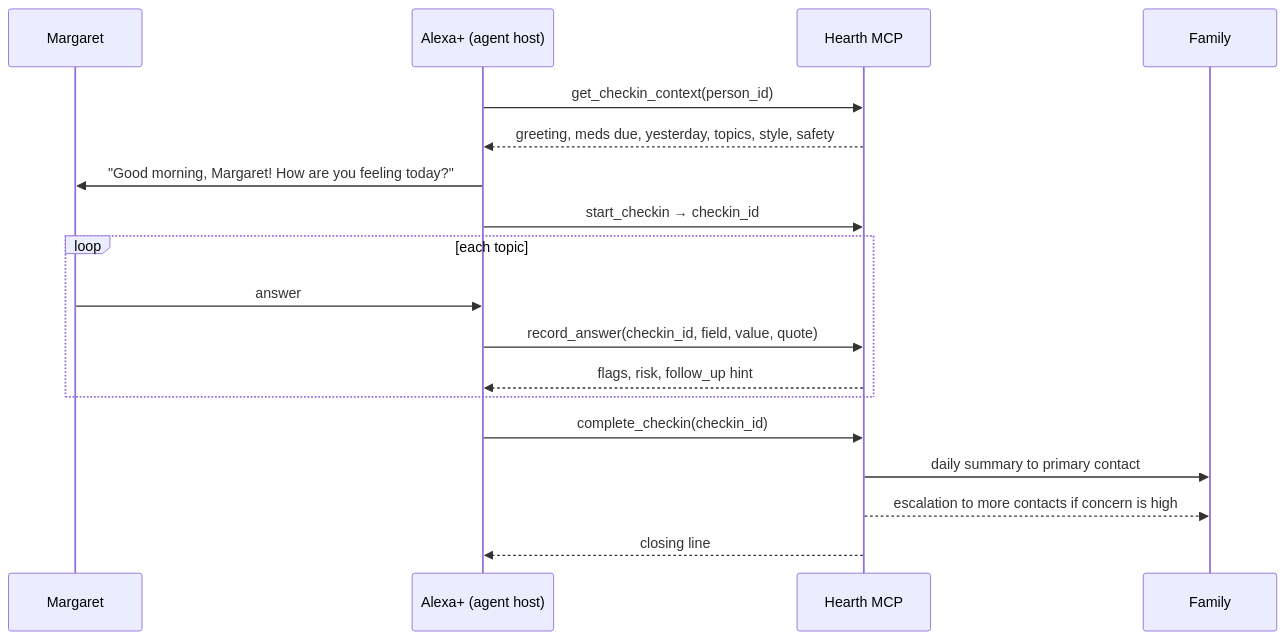
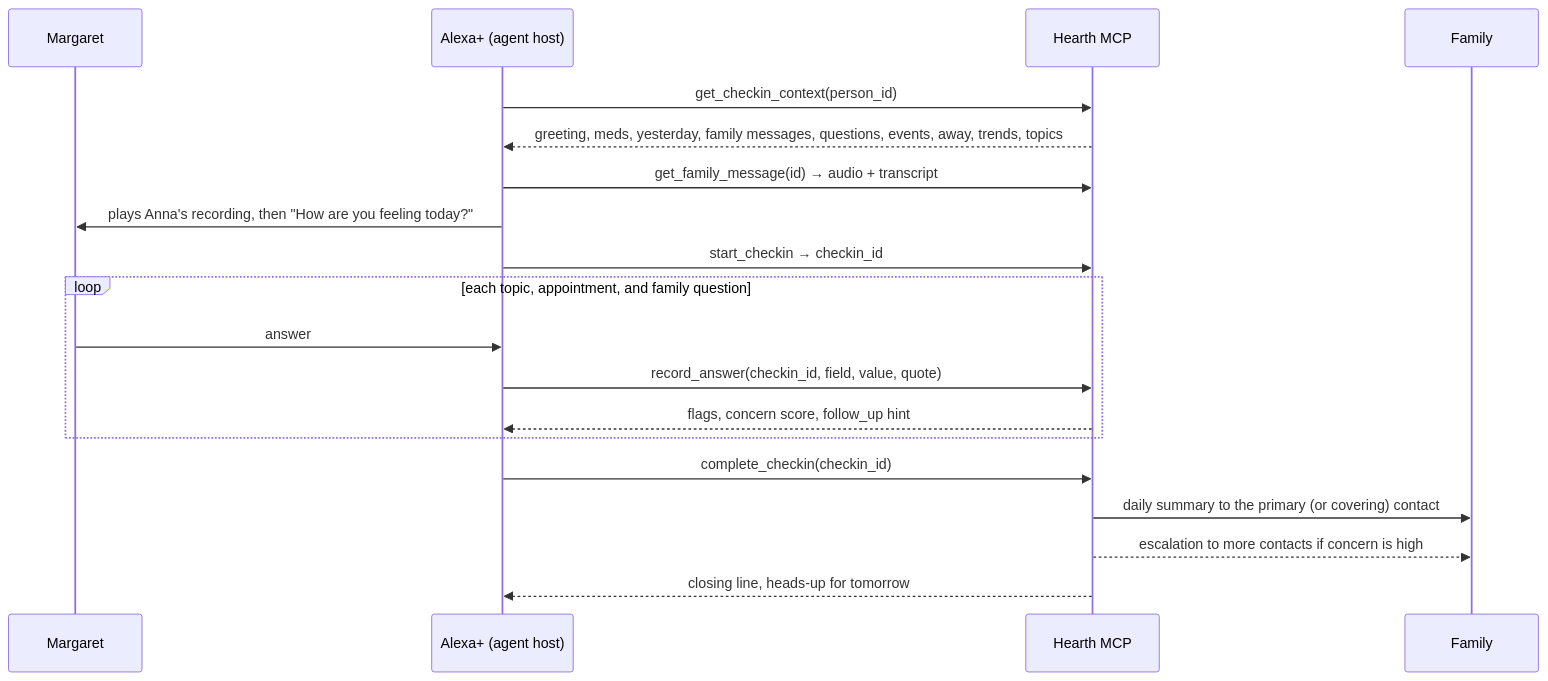
One commit to MccForge/hearth changed the diagram in README.md. Above: the diagram before and after it, drawn with Mermaid. The commit also changed other lines of this file and 10 other files, not shown here.

Commit message:
Family voice messages both ways, appointments and reminders, questions from family, away mode with cover contact, trend insights, fresh-per-day check-ins, sturdier scripted host, 15 tests

````diff
--- a/README.md
+++ b/README.md
@@ -37,20 +50,21 @@
 ```mermaid
 sequenceDiagram
     participant P as Margaret
     participant A as Alexa+ (agent host)
     participant H as Hearth MCP
     participant F as Family
     A->>H: get_checkin_context(person_id)
-    H-->>A: greeting, meds due, yesterday, topics, style, safety
-    A->>P: "Good morning, Margaret! How are you feeling today?"
+    H-->>A: greeting, meds, yesterday, family messages, questions, events, away, trends, topics
+    A->>H: get_family_message(id) → audio + transcript
+    A->>P: plays Anna's recording, then "How are you feeling today?"
     A->>H: start_checkin → checkin_id
-    loop each topic
+    loop each topic, appointment, and family question
         P->>A: answer
         A->>H: record_answer(checkin_id, field, value, quote)
-        H-->>A: flags, risk, follow_up hint
+        H-->>A: flags, concern score, follow_up hint
     end
     A->>H: complete_checkin(checkin_id)
-    H->>F: daily summary to primary contact
+    H->>F: daily summary to the primary (or covering) contact
     H-->>F: escalation to more contacts if concern is high
-    H-->>A: closing line
+    H-->>A: closing line, heads-up for tomorrow
 ```
````
